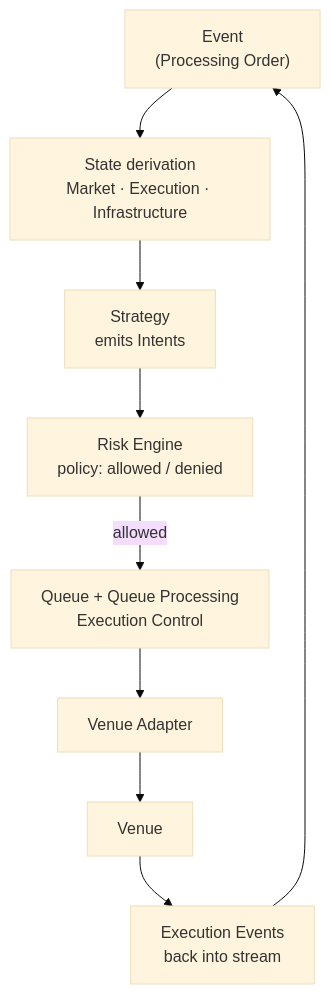
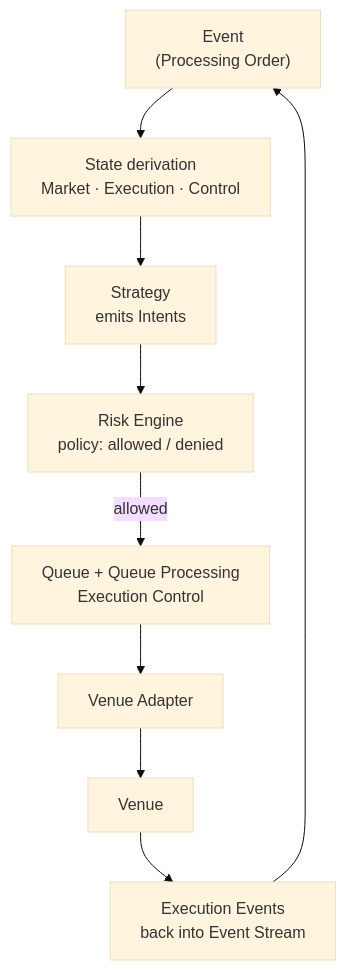
Before and after one commit to TradingChassis/docs: the second of 2 diagrams in docs/10-architecture/architecture-overview.md, drawn with Mermaid (base theme). The commit also changed other lines of this file and 77 other files, not shown here.

````diff
--- a/docs/10-architecture/architecture-overview.md
+++ b/docs/10-architecture/architecture-overview.md
@@ -86,20 +86,20 @@
 ```mermaid
 flowchart TB
     E["Event\n(Processing Order)"]
-    S["State derivation\nMarket · Execution · Infrastructure"]
+    S["State derivation\nMarket · Execution · Control"]
     ST["Strategy\nemits Intents"]
     R["Risk Engine\npolicy: allowed / denied"]
     Q["Queue + Queue Processing\nExecution Control"]
     D["Venue Adapter"]
     V["Venue"]
-    F["Execution Events\nback into stream"]
+    F["Execution Events\nback into Event Stream"]
 
     E --> S
     S --> ST
     ST --> R
     R -->|"allowed"| Q
     Q --> D
     D --> V
     V --> F
     F --> E
 ```
````
